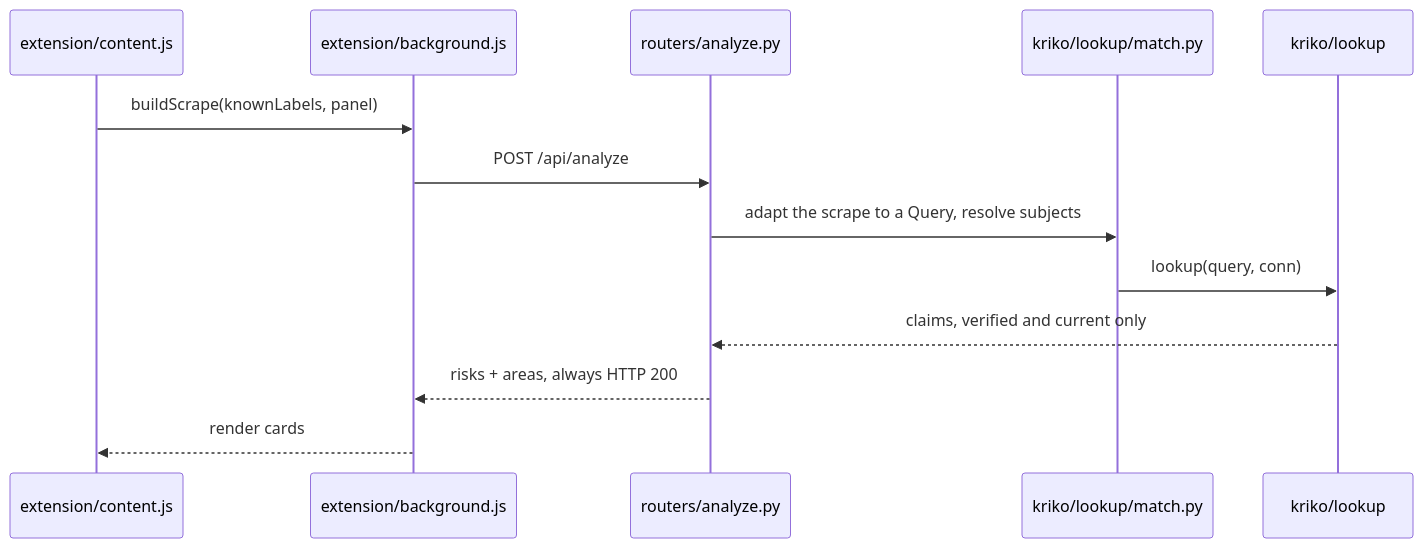
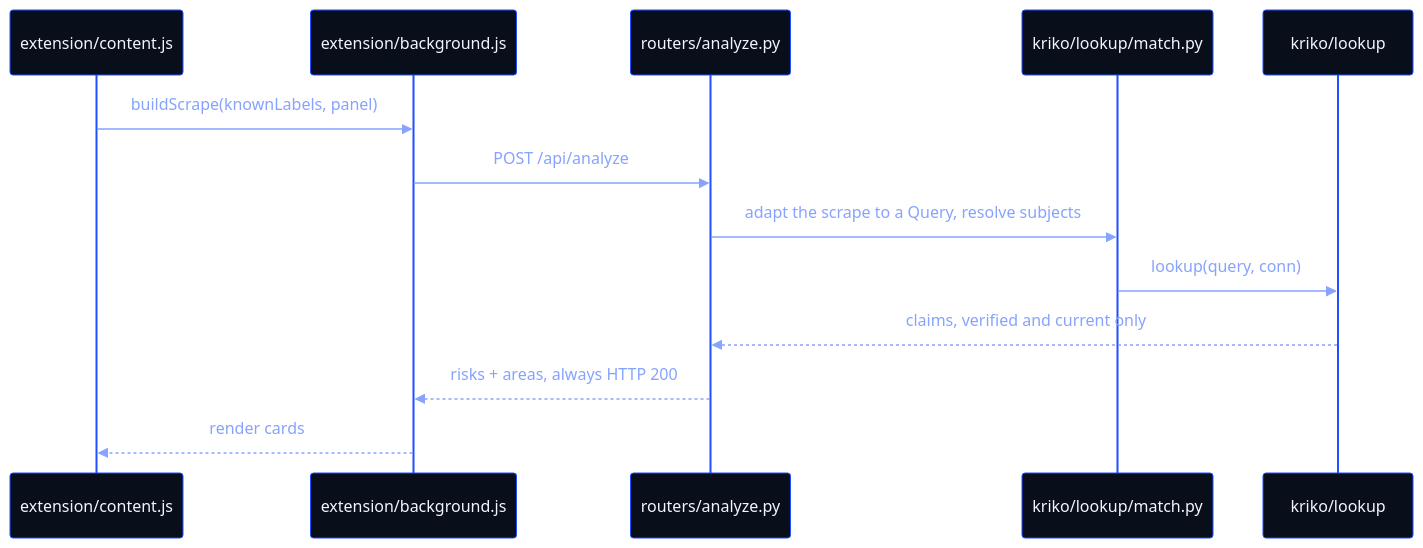
The first of 7 diagrams in docs/INTERNALS.md (Berbadov/kriko), drawn with Mermaid before and after one commit. The commit also changed other lines of this file and 21 other files, not shown here.

````diff
--- a/docs/INTERNALS.md
+++ b/docs/INTERNALS.md
@@ -9,15 +9,16 @@
 ```mermaid
+%%{init: {"theme":"base","themeVariables":{"fontFamily":"ui-monospace, SFMono-Regular, Consolas, monospace","primaryColor":"#090E1B","primaryTextColor":"#F2F5FF","primaryBorderColor":"#1F4FFF","lineColor":"#86A3FF","secondaryColor":"#1739C2","tertiaryColor":"#080B16","noteBkgColor":"#BFE4FF","noteTextColor":"#05070F","actorBkg":"#090E1B","actorTextColor":"#F2F5FF","actorBorder":"#1F4FFF","signalColor":"#86A3FF","signalTextColor":"#86A3FF"}}}%%
 sequenceDiagram
     participant C as extension/content.js
     participant B as extension/background.js
     participant A as routers/analyze.py
     participant M as kriko/lookup/match.py
     participant L as kriko/lookup
     C->>B: buildScrape(knownLabels, panel)
     B->>A: POST /api/analyze
     A->>M: adapt the scrape to a Query, resolve subjects
     M->>L: lookup(query, conn)
     L-->>A: claims, verified and current only
     A-->>B: risks + areas, always HTTP 200
     B-->>C: render cards
 ```
````
